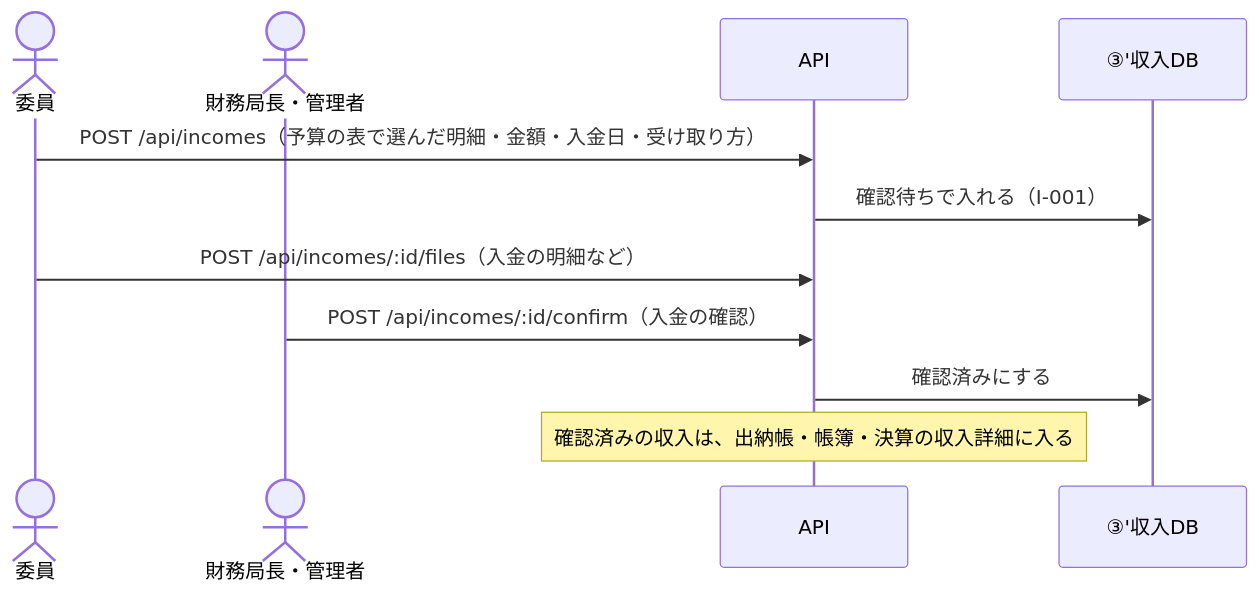
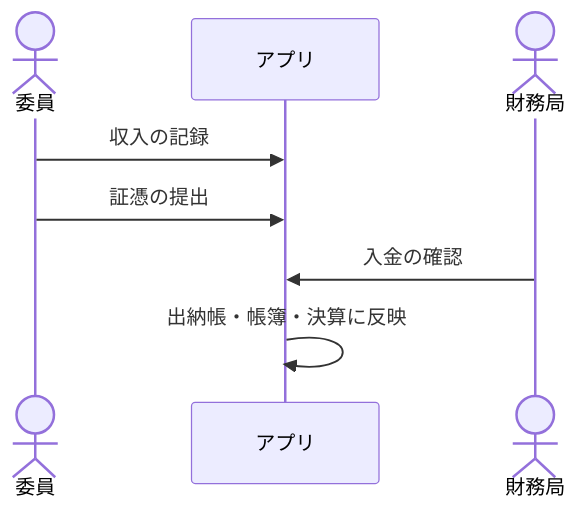
The eighth of 18 diagrams in docs/仕様書.md (Kota-Ohira17/expenditure), drawn with Mermaid before and after one commit. The commit also changed other lines of this file, not shown here.

Commit message:
仕様書のMermaid図を短く描き直す

````diff
--- a/docs/仕様書.md
+++ b/docs/仕様書.md
@@ -926,13 +875,10 @@
 ```mermaid
 sequenceDiagram
     actor U as 委員
-    actor Z as 財務局長・管理者
-    participant B as API
-    participant DB as ③'収入DB
-    U->>B: POST /api/incomes（予算の表で選んだ明細・金額・入金日・受け取り方）
-    B->>DB: 確認待ちで入れる（I-001）
-    U->>B: POST /api/incomes/:id/files（入金の明細など）
-    Z->>B: POST /api/incomes/:id/confirm（入金の確認）
-    B->>DB: 確認済みにする
-    Note over B: 確認済みの収入は、出納帳・帳簿・決算の収入詳細に入る
+    participant S as アプリ
+    actor Z as 財務局
+    U->>S: 収入の記録
+    U->>S: 証憑の提出
+    Z->>S: 入金の確認
+    S->>S: 出納帳・帳簿・決算に反映
 ```
````
